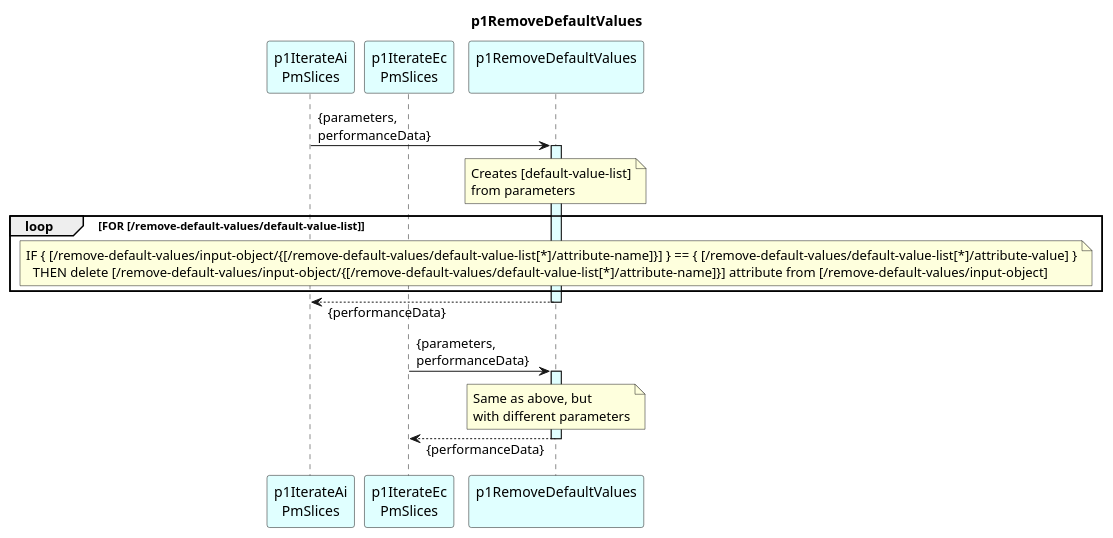
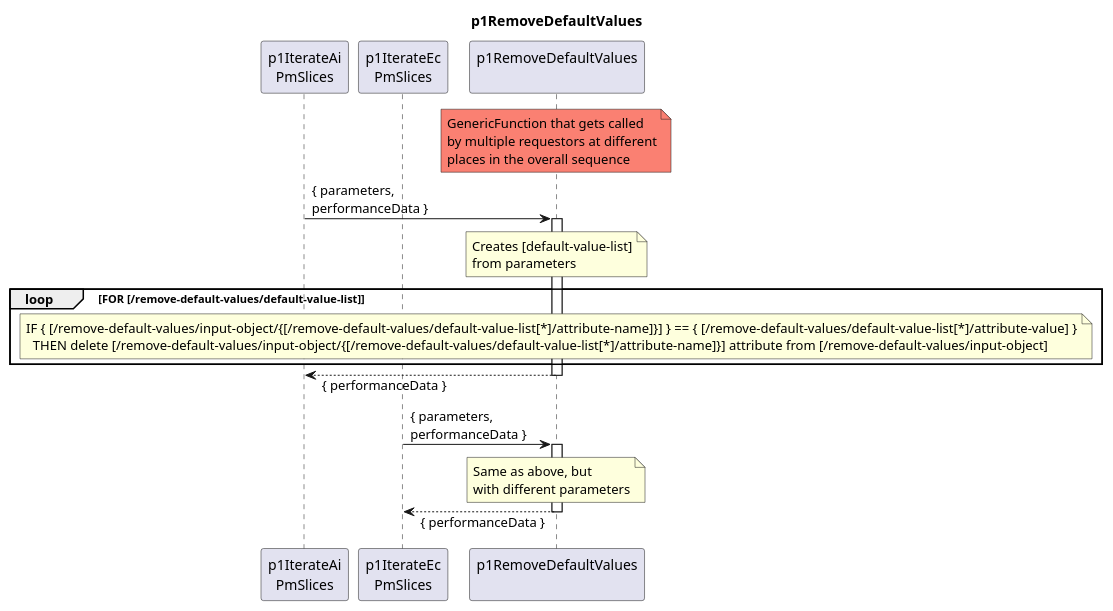
The diagram in spec/Functions/p1StreamPmData/p1ProcessDevice/p1CreateResultCc/p1IterateAiPmSlices/p1RemoveDefaultValues/1.0.0/p1RemoveDefaultValues.plantuml (openBackhaul/DevicePerformanceManagementDataProcessor), drawn with PlantUML before and after one commit. The commit also changed 9 other files, not shown here.

Commit message:
Recollor p1IterateAiPmSlices and sub diagrams

```diff
--- a/spec/Functions/p1StreamPmData/p1ProcessDevice/p1CreateResultCc/p1IterateAiPmSlices/p1RemoveDefaultValues/1.0.0/p1RemoveDefaultValues.plantuml
+++ b/spec/Functions/p1StreamPmData/p1ProcessDevice/p1CreateResultCc/p1IterateAiPmSlices/p1RemoveDefaultValues/1.0.0/p1RemoveDefaultValues.plantuml
@@ -1,46 +1,56 @@
 @startuml p1RemoveDefaultValues
 skinparam responseMessageBelowArrow true
 
 title
   p1RemoveDefaultValues
 end title
 
-participant "p1IterateAi\nPmSlices" as requestor1 #LightCyan
-participant "p1IterateEc\nPmSlices" as requestor2 #LightCyan
+participant "p1IterateAi\nPmSlices" as requestor1
+participant "p1IterateEc\nPmSlices" as requestor2
 
-participant "p1RemoveDefaultValues\n" as removeDefault #LightCyan
+participant "p1RemoveDefaultValues\n" as removeDefault
+
+note over removeDefault #Salmon
+  GenericFunction that gets called
+  by multiple requestors at different
+  places in the overall sequence
+end note
 
 
-  requestor1 -> removeDefault : {parameters,\nperformanceData}
-  activate removeDefault #LightCyan
+
+  requestor1 -> removeDefault : { parameters,\nperformanceData }
+  activate removeDefault
 
     note over removeDefault
       Creates [default-value-list]
       from parameters
     end note
 
     loop FOR [/remove-default-values/default-value-list]
 
       note over removeDefault
         IF { [/remove-default-values/input-object/{[/remove-default-values/default-value-list[*]/attribute-name]}] } == { [/remove-default-values/default-value-list[*]/attribute-value] }
           THEN delete [/remove-default-values/input-object/{[/remove-default-values/default-value-list[*]/attribute-name]}] attribute from [/remove-default-values/input-object]
       end note
 
     end loop
 
-  requestor1 <-- removeDefault: {performanceData}
+  requestor1 <-- removeDefault: { performanceData }
   deactivate removeDefault
 
 
-  requestor2 -> removeDefault : {parameters,\nperformanceData}
-  activate removeDefault #LightCyan
+
+  requestor2 -> removeDefault : { parameters,\nperformanceData }
+  activate removeDefault
 
     note over removeDefault
       Same as above, but
       with different parameters
     end note
 
-  requestor2 <-- removeDefault: {performanceData}
+  requestor2 <-- removeDefault: { performanceData }
   deactivate removeDefault
 
+
+
 @enduml
```
